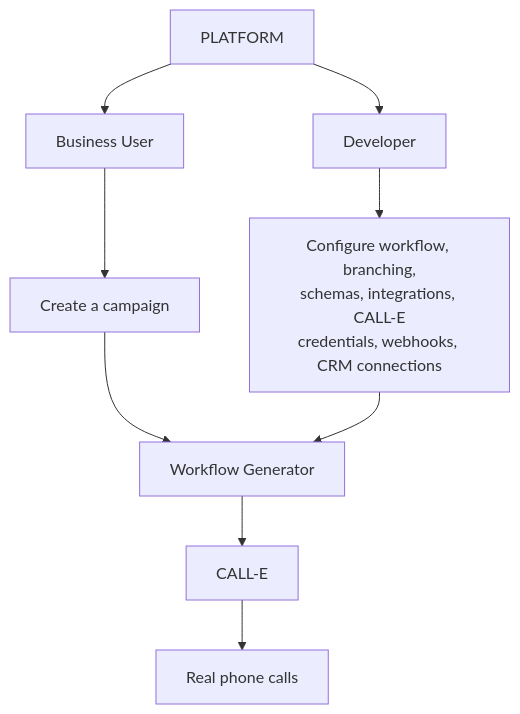
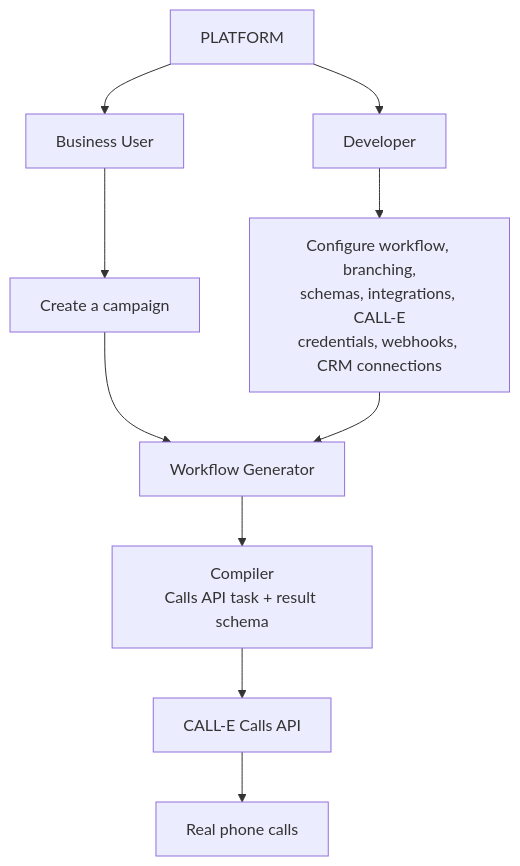
One commit to srijan399/veyra changed the third of 3 diagrams in README.md. Above: the diagram before and after it, drawn with Mermaid. The commit also changed other lines of this file and 10 other files, not shown here.

````diff
--- a/README.md
+++ b/README.md
@@ -87,14 +117,15 @@
 ```mermaid
 flowchart TD
     P[PLATFORM] --> BU[Business User]
     P --> DEV[Developer]
 
     BU --> BU1["Create a campaign"]
     DEV --> DEV1["Configure workflow, branching,<br/>schemas, integrations, CALL-E<br/>credentials, webhooks, CRM connections"]
 
     BU1 --> WG[Workflow Generator]
     DEV1 --> WG
 
-    WG --> CE[CALL-E]
+    WG --> CO["Compiler<br/>Calls API task + result schema"]
+    CO --> CE["CALL-E Calls API"]
     CE --> RC[Real phone calls]
 ```
````
